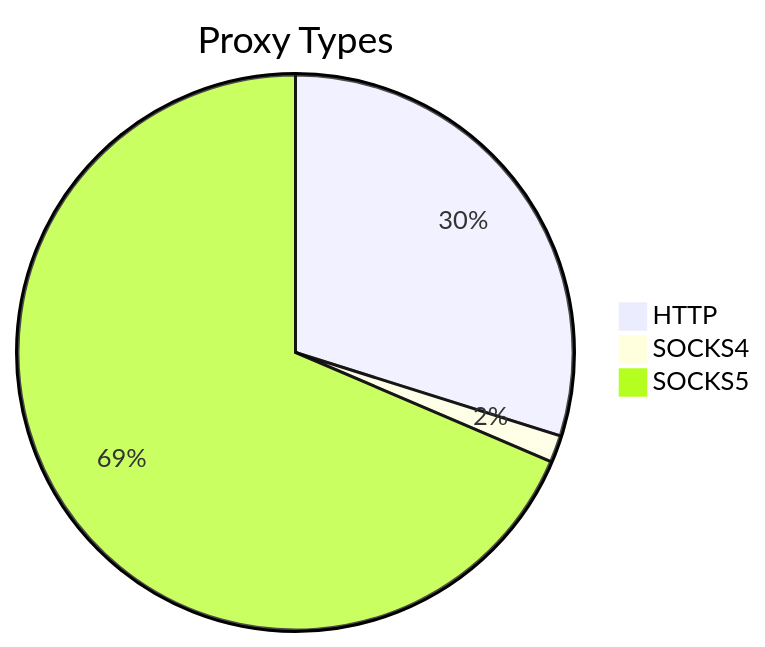
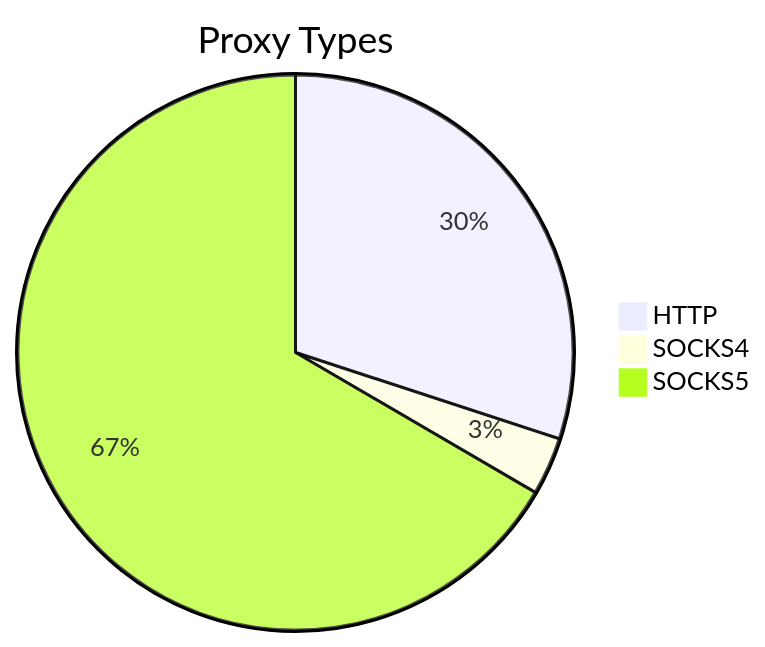
Before and after one commit to stormsia/proxy-list: the first of 2 diagrams in README.md, drawn with Mermaid. The commit also changed other lines of this file, not shown here.

````diff
--- a/README.md
+++ b/README.md
@@ -21,6 +21,6 @@
 ```mermaid
 pie title Proxy Types
-    "HTTP" : 455
-    "SOCKS4" : 24
-    "SOCKS5" : 1045
+    "HTTP" : 276
+    "SOCKS4" : 31
+    "SOCKS5" : 612
 ```
````
